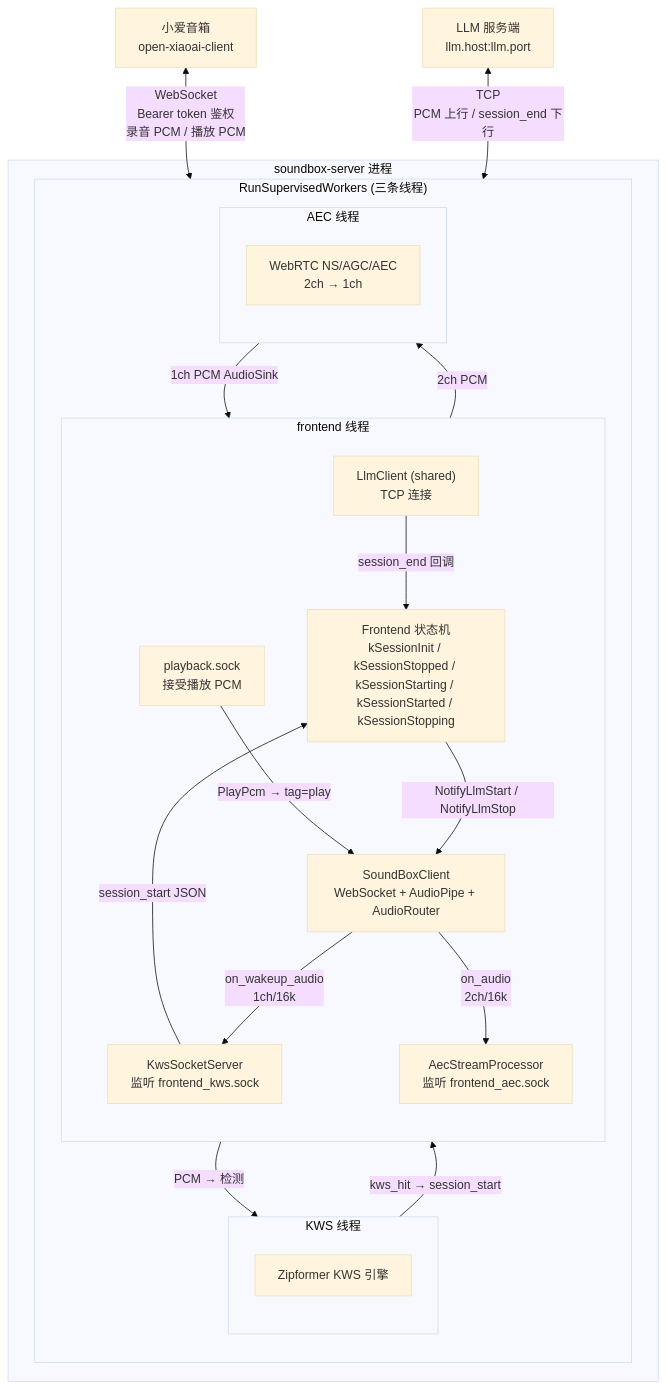
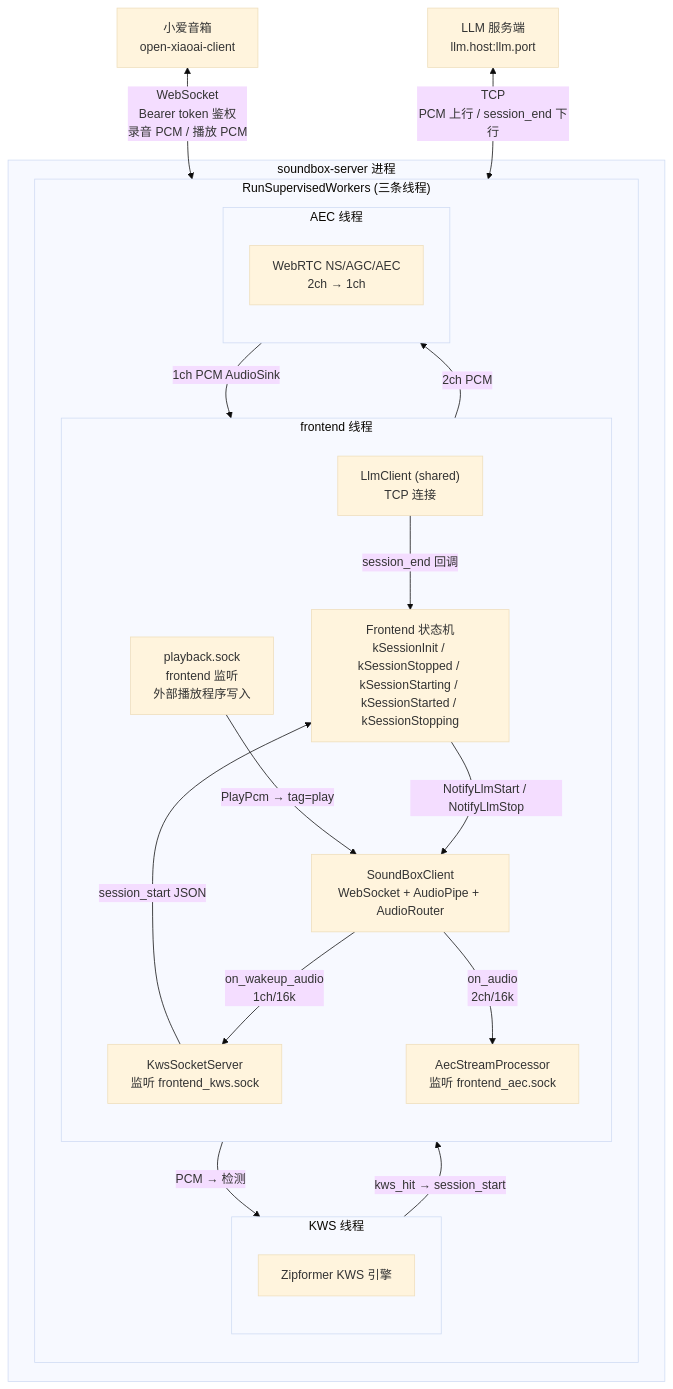
The first of 5 diagrams in README.md (hengwu0/soundbox-server), drawn with Mermaid (base theme) before and after one commit. The commit also changed other lines of this file, not shown here.

````diff
--- a/README.md
+++ b/README.md
@@ -11,44 +11,44 @@
 ```mermaid
 graph TB
     XIAOAI["小爱音箱<br/>open-xiaoai-client"]
 
     subgraph process["soundbox-server 进程"]
         subgraph supervisor["RunSupervisedWorkers (三条线程)"]
             direction TB
 
             subgraph frontend_thread["frontend 线程"]
                 direction TB
                 FSM["Frontend 状态机<br/>kSessionInit / kSessionStopped / kSessionStarting / kSessionStarted / kSessionStopping"]
                 SB["SoundBoxClient<br/>WebSocket + AudioPipe + AudioRouter"]
                 LLMC["LlmClient (shared)<br/>TCP 连接"]
-                PLAY["playback.sock<br/>接受播放 PCM"]
+                PLAY["playback.sock<br/>frontend 监听<br/>外部播放程序写入"]
 
                 SB --> |"on_wakeup_audio<br/>1ch/16k"| KWS_SOCK
                 SB --> |"on_audio<br/>2ch/16k"| AEC_SOCK
                 KWS_SOCK --> |"session_start JSON"| FSM
                 FSM --> |"NotifyLlmStart / NotifyLlmStop"| SB
                 LLMC --> |"session_end 回调"| FSM
                 PLAY --> |"PlayPcm → tag=play"| SB
             end
 
             subgraph kws_thread["KWS 线程"]
                 direction TB
                 KWS_SOCK["KwsSocketServer<br/>监听 frontend_kws.sock"]
                 KWS_ENG["Zipformer KWS 引擎"]
                 KWS_SOCK --> |"PCM → 检测"| KWS_ENG
                 KWS_ENG --> |"kws_hit → session_start"| KWS_SOCK
             end
 
             subgraph aec_thread["AEC 线程"]
                 direction TB
                 AEC_SOCK["AecStreamProcessor<br/>监听 frontend_aec.sock"]
                 AEC_PROC["WebRTC NS/AGC/AEC<br/>2ch → 1ch"]
                 AEC_SOCK --> |"2ch PCM"| AEC_PROC
                 AEC_PROC --> |"1ch PCM AudioSink"| LLMC
             end
         end
     end
 
     XIAOAI <--> |"WebSocket<br/>Bearer token 鉴权<br/>录音 PCM / 播放 PCM"| SB
     LLMS["LLM 服务端<br/>llm.host:llm.port"] <--> |"TCP<br/>PCM 上行 / session_end 下行"| LLMC
 ```
````
